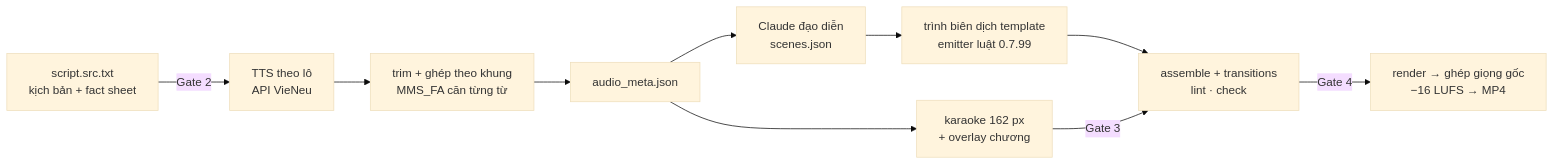
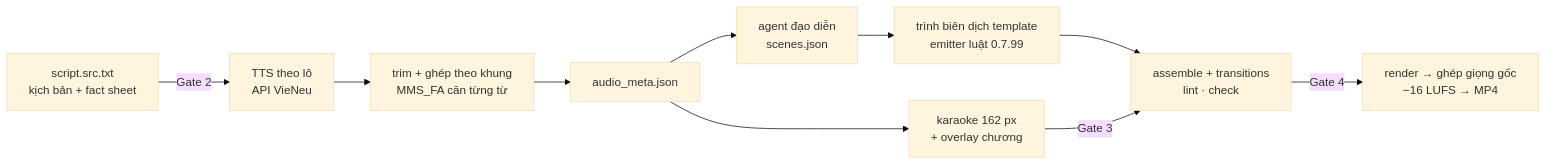
Before and after one commit to abm-dungtq/abm-video-bgdt: the diagram in README.md, drawn with Mermaid (base theme). The commit also changed other lines of this file and 1 other file, not shown here.

````diff
--- a/README.md
+++ b/README.md
@@ -42,12 +45,12 @@
 ```mermaid
 flowchart LR
   A[script.src.txt<br/>kịch bản + fact sheet] -->|Gate 2| B[TTS theo lô<br/>API VieNeu]
   B --> C[trim + ghép theo khung<br/>MMS_FA căn từng từ]
   C --> D[audio_meta.json]
-  D --> E[Claude đạo diễn<br/>scenes.json]
+  D --> E[agent đạo diễn<br/>scenes.json]
   E --> F[trình biên dịch template<br/>emitter luật 0.7.99]
   D --> G[karaoke 162 px<br/>+ overlay chương]
   F --> H[assemble + transitions<br/>lint · check]
   G -->|Gate 3| H
   H -->|Gate 4| I[render → ghép giọng gốc<br/>−16 LUFS → MP4]
 ```
````
